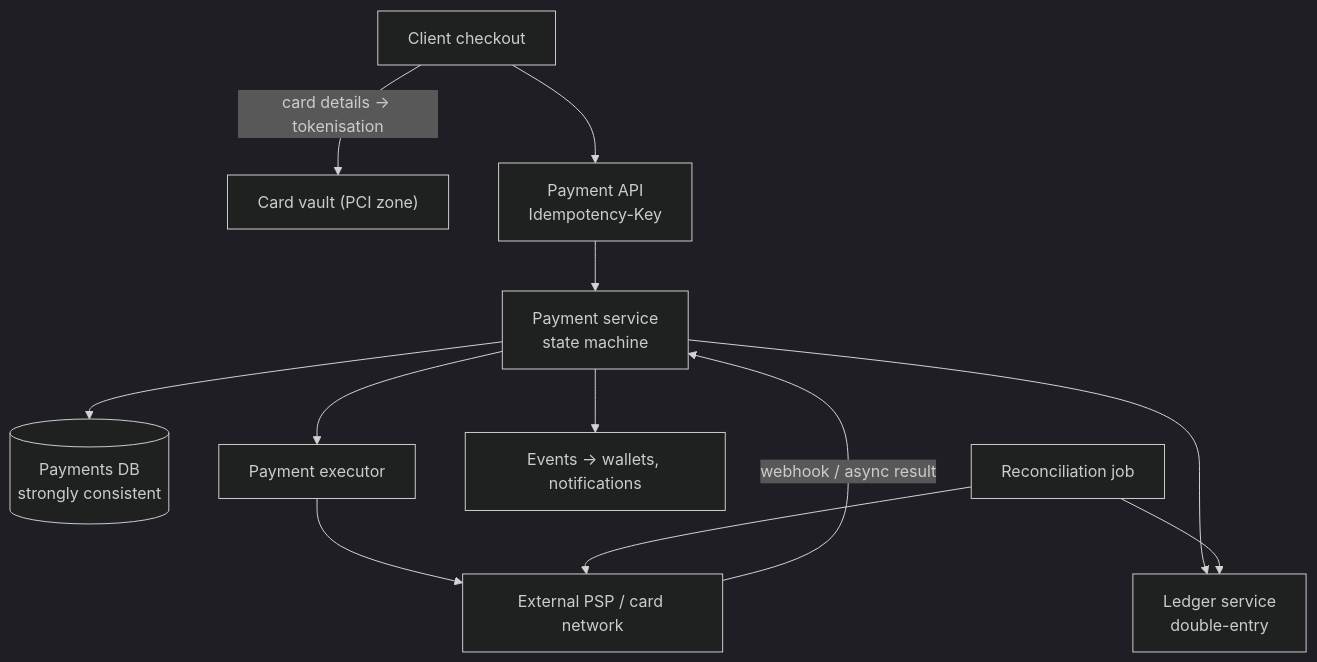
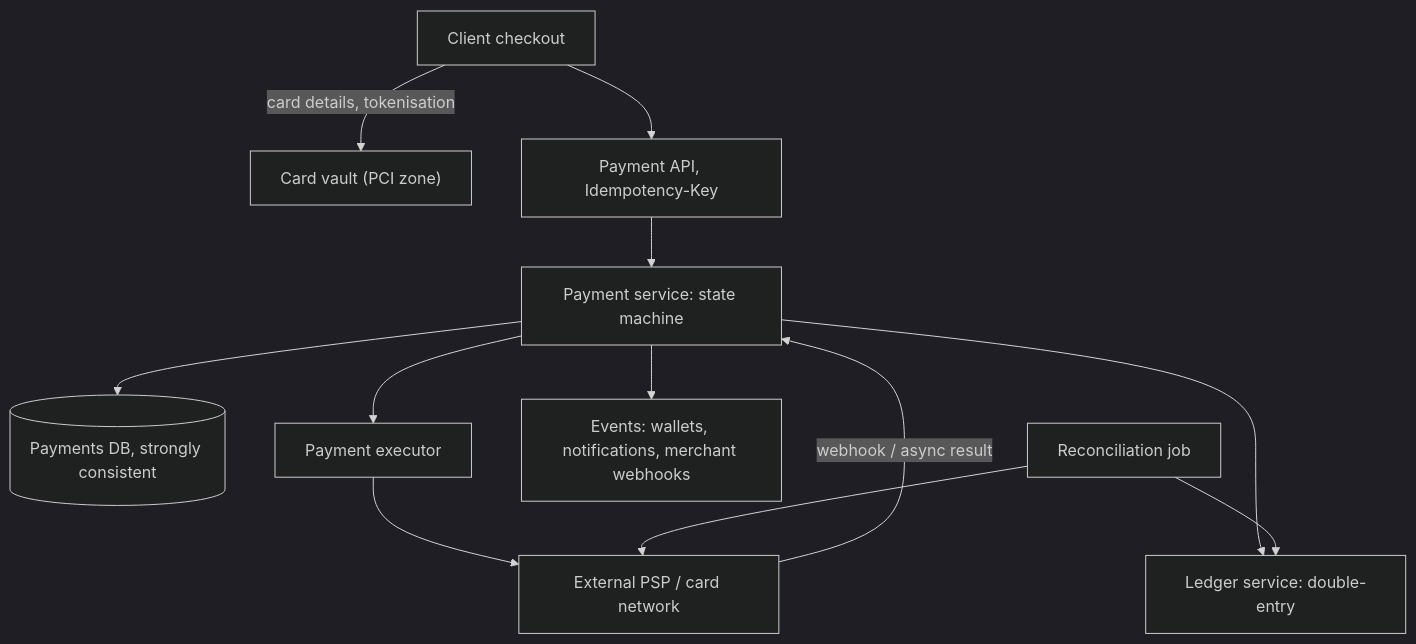
Before and after one commit to AkshayAshokCode/System-Design-Interview-Questions-and-Answers: diagram 11 of 20 in topics/18-designs-location-commerce.md, drawn with Mermaid (dark theme). The commit also changed other lines of this file and 4 other files, not shown here.

````diff
--- a/topics/18-designs-location-commerce.md
+++ b/topics/18-designs-location-commerce.md
@@ -213,13 +946,14 @@
 ```mermaid
 flowchart TD
-    CL["Client checkout"] -->|"card details → tokenisation"| VAULT["Card vault (PCI zone)"]
-    CL --> API["Payment API<br/>Idempotency-Key"]
-    API --> PS["Payment service<br/>state machine"]
-    PS --> PDB[("Payments DB<br/>strongly consistent")]
-    PS --> EXE["Payment executor"] --> PSP["External PSP / card network"]
+    CL["Client checkout"] -->|"card details, tokenisation"| VAULT["Card vault (PCI zone)"]
+    CL --> API["Payment API, Idempotency-Key"]
+    API --> PS["Payment service: state machine"]
+    PS --> PDB[("Payments DB, strongly consistent")]
+    PS --> EXE["Payment executor"]
+    EXE --> PSP["External PSP / card network"]
     PSP -->|"webhook / async result"| PS
-    PS --> LED["Ledger service<br/>double-entry"]
-    PS --> K["Events → wallets, notifications"]
+    PS --> LED["Ledger service: double-entry"]
+    PS --> K["Events: wallets, notifications, merchant webhooks"]
     REC["Reconciliation job"] --> LED
     REC --> PSP
 ```
````
